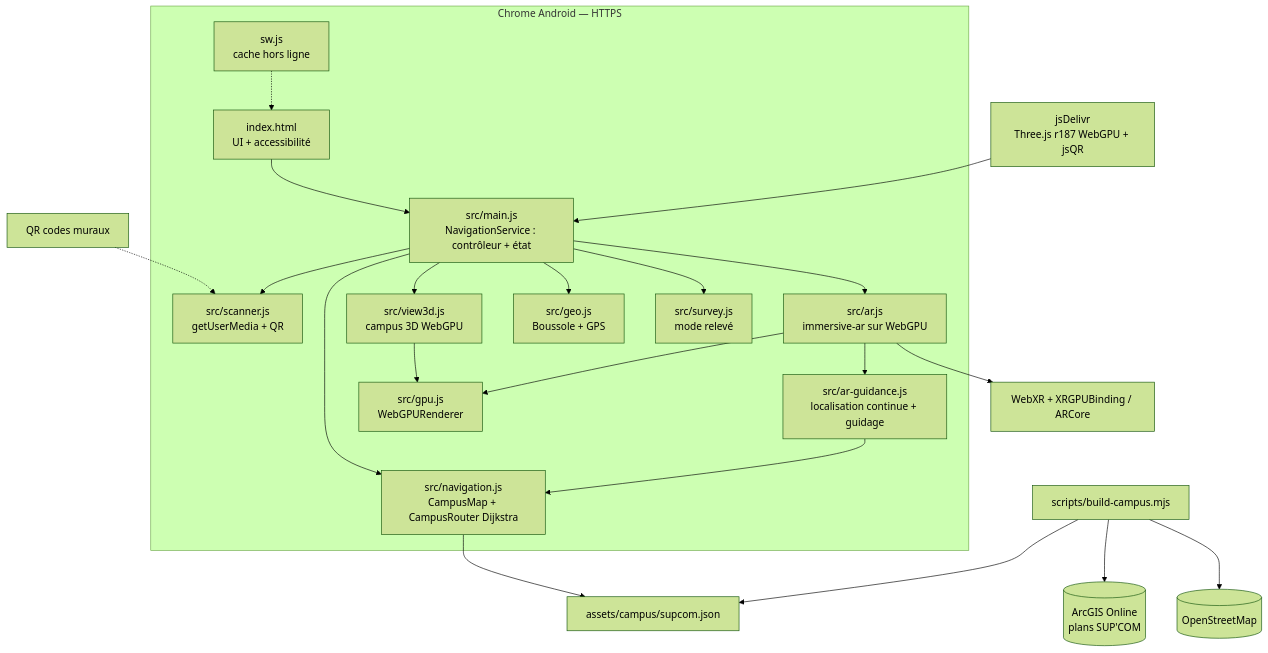
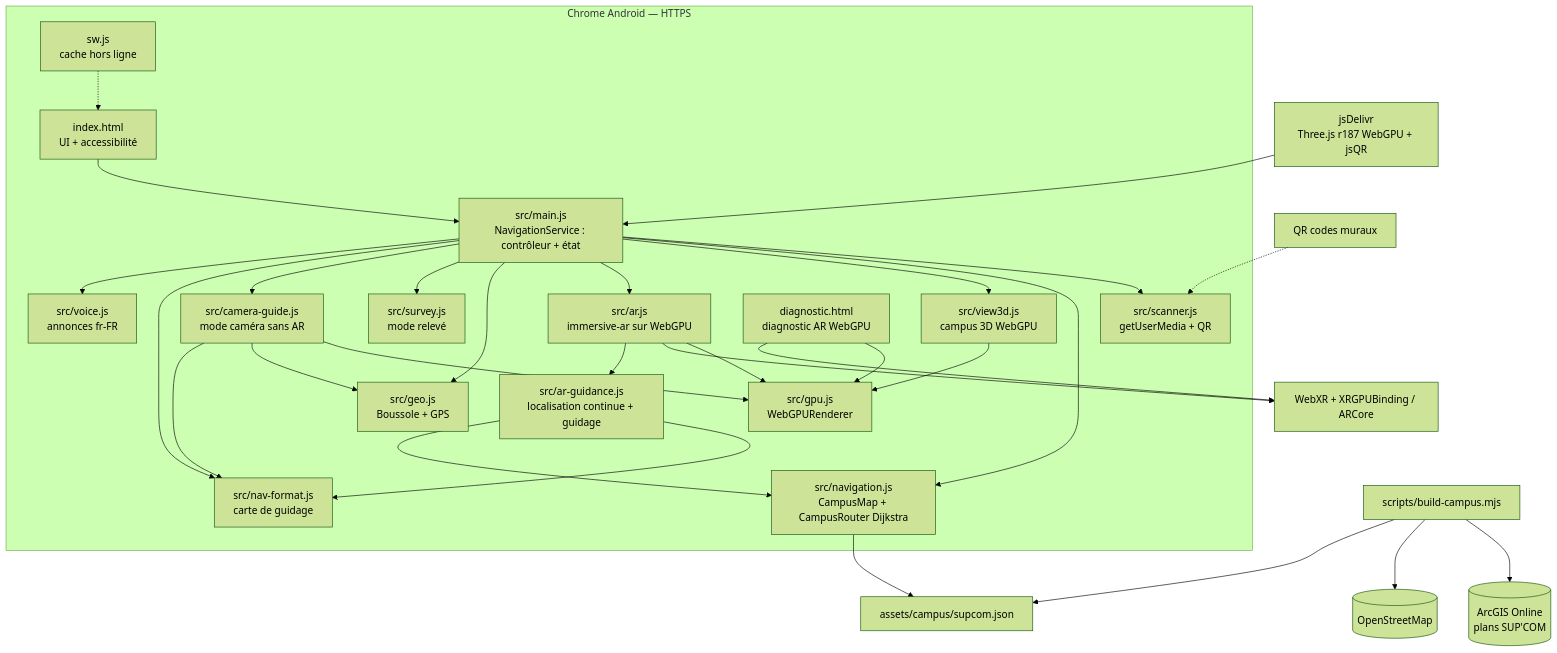
One commit to yessinomhiri-cpu/indoor-wayfinder changed the second of 5 diagrams in docs/design-notebook.md. Above: the diagram before and after it, drawn with Mermaid (forest theme). The commit also changed other lines of this file and 3 other files, not shown here.

````diff
--- a/docs/design-notebook.md
+++ b/docs/design-notebook.md
@@ -50,43 +51,56 @@
 ```mermaid
 flowchart TB
     subgraph Browser["Chrome Android — HTTPS"]
         UI[index.html<br/>UI + accessibilité]
         MAIN[src/main.js<br/>NavigationService : contrôleur + état]
         SCAN[src/scanner.js<br/>getUserMedia + QR]
         NAV[src/navigation.js<br/>CampusMap + CampusRouter Dijkstra]
         VIEW[src/view3d.js<br/>campus 3D WebGPU]
         AR[src/ar.js<br/>immersive-ar sur WebGPU]
         GUIDE[src/ar-guidance.js<br/>localisation continue + guidage]
         GPU[src/gpu.js<br/>WebGPURenderer]
         GEO[src/geo.js<br/>Boussole + GPS]
         SURVEY[src/survey.js<br/>mode relevé]
+        CAM[src/camera-guide.js<br/>mode caméra sans AR]
+        CARD[src/nav-format.js<br/>carte de guidage]
+        VOICE[src/voice.js<br/>annonces fr-FR]
+        DIAG[diagnostic.html<br/>diagnostic AR WebGPU]
         SW[sw.js<br/>cache hors ligne]
     end
     CDN[jsDelivr<br/>Three.js r187 WebGPU + jsQR]
     DATA[assets/campus/supcom.json]
     BUILD[scripts/build-campus.mjs]
     ARCGIS[(ArcGIS Online<br/>plans SUP'COM)]
     OSM[(OpenStreetMap)]
     QR[QR codes muraux]
     XR[WebXR + XRGPUBinding / ARCore]
 
     QR -.-> SCAN
     UI --> MAIN
     MAIN --> SCAN
     MAIN --> NAV
     MAIN --> VIEW
     MAIN --> AR
     MAIN --> GEO
     MAIN --> SURVEY
+    MAIN --> CAM
+    MAIN --> CARD
+    MAIN --> VOICE
+    CAM --> GPU
+    CAM --> GEO
+    CAM --> CARD
+    GUIDE --> CARD
+    DIAG --> GPU
+    DIAG --> XR
     VIEW --> GPU
     AR --> GPU
     AR --> XR
     AR --> GUIDE
     GUIDE --> NAV
     NAV --> DATA
     BUILD --> ARCGIS
     BUILD --> OSM
     BUILD --> DATA
     CDN --> MAIN
     SW -.-> UI
 ```
````
